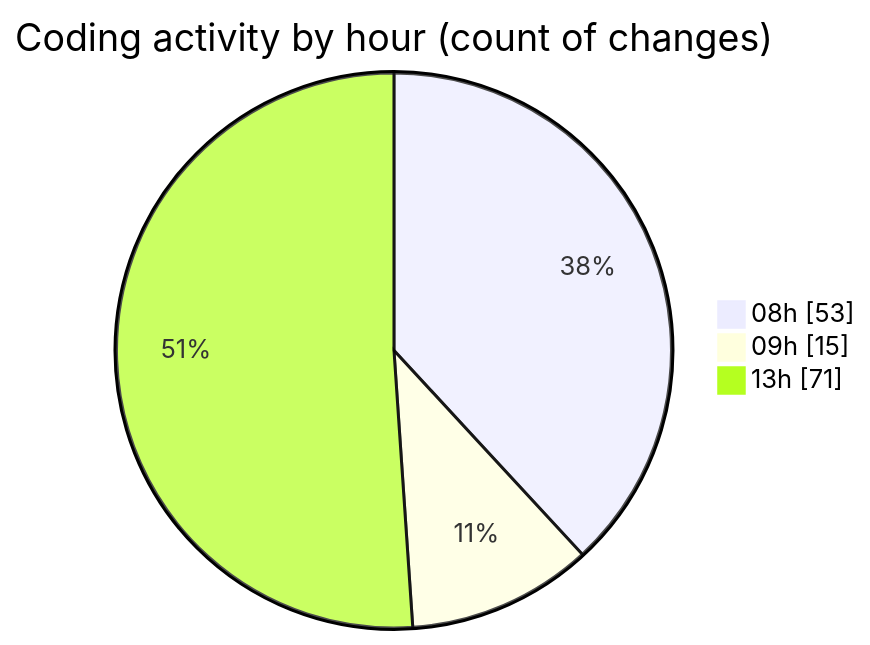
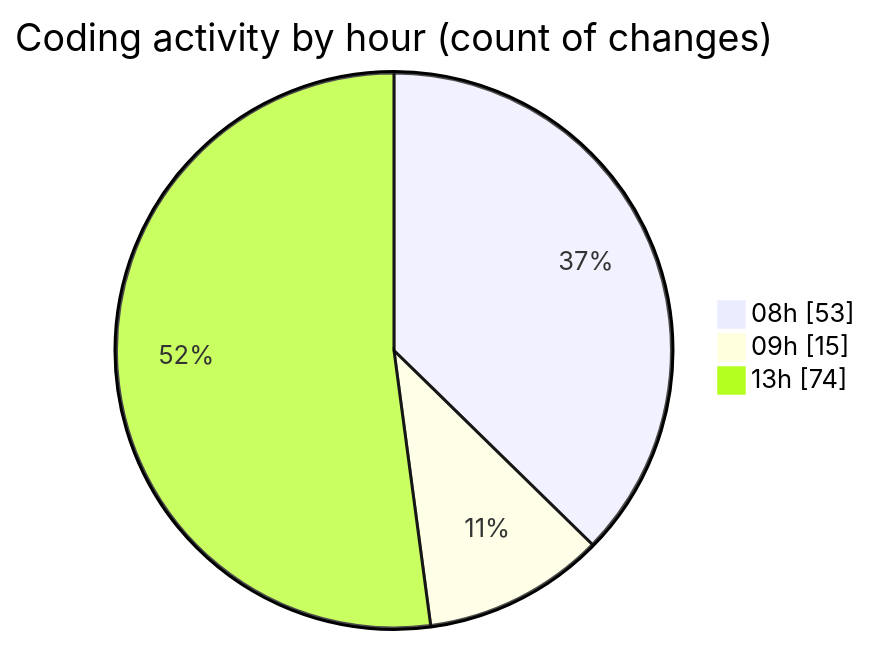
Before and after one commit to momahboobian/code-tracking: the second of 2 diagrams in 2026-05-01/cda/README.md, drawn with Mermaid. The commit also changed other lines of this file and 1 other file, not shown here.

````diff
--- a/2026-05-01/cda/README.md
+++ b/2026-05-01/cda/README.md
@@ -73,7 +73,7 @@
 ```mermaid
 pie showData
 title Coding activity by hour (count of changes)
 "08h" : 53
 "09h" : 15
-"13h" : 71
+"13h" : 74
 ```
````
